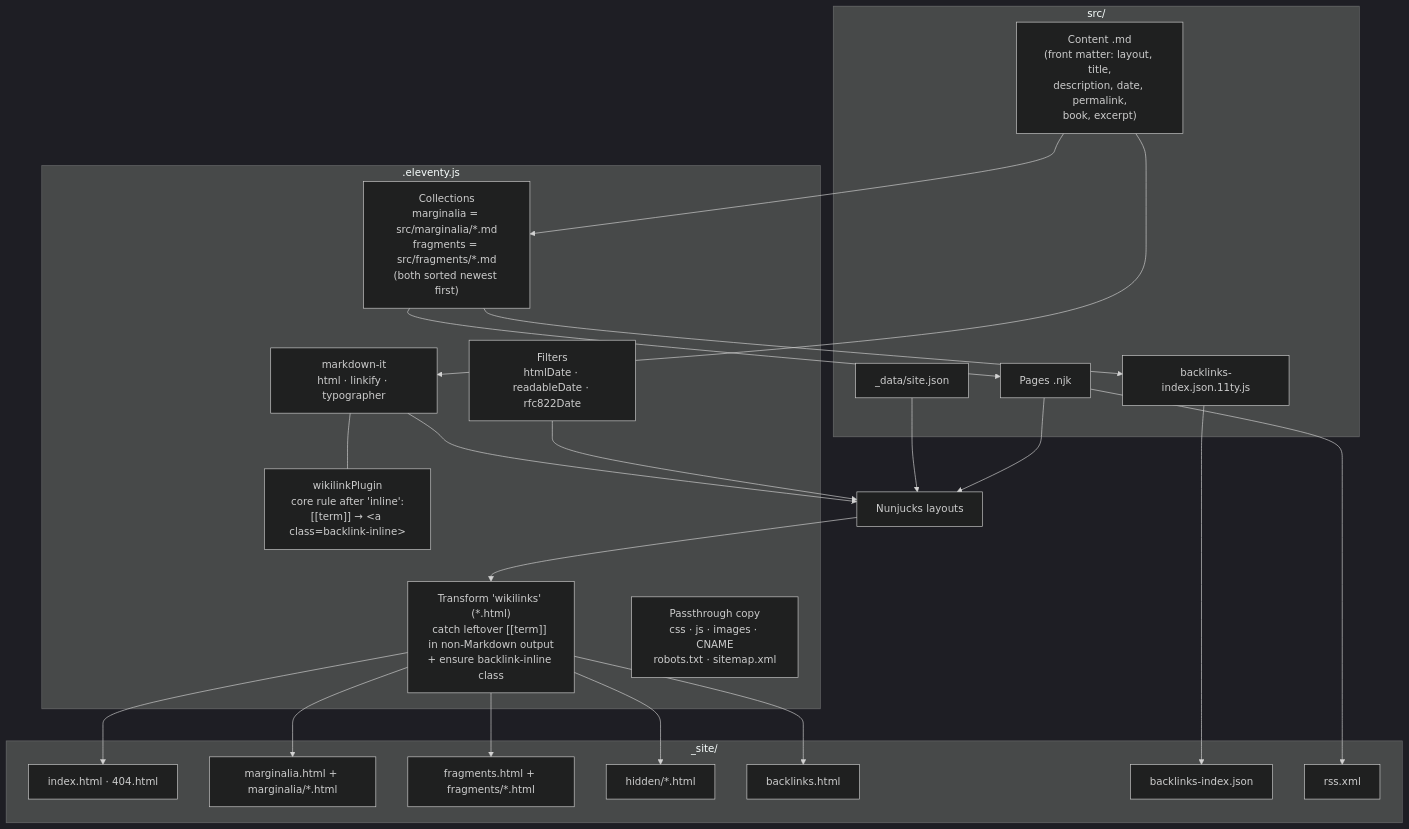
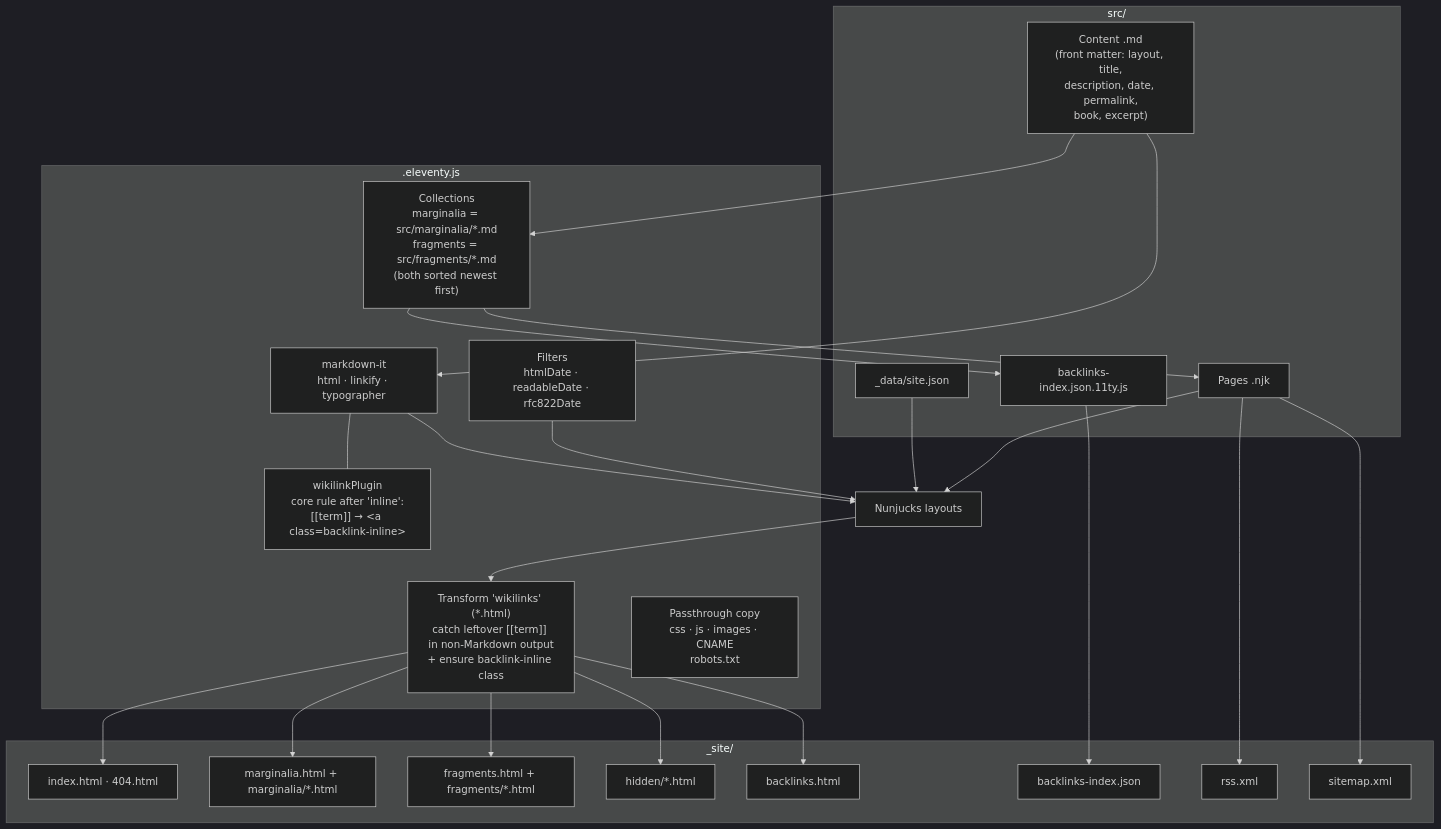
Before and after one commit to raoul-g/raoulyy-blog: the fourth of 9 diagrams in ARCHITECTURE.md, drawn with Mermaid (dark theme). The commit also changed other lines of this file and 7 other files, not shown here.

First line of the commit message:
generate sitemap.xml as part of the Eleventy build

````diff
--- a/ARCHITECTURE.md
+++ b/ARCHITECTURE.md
@@ -118,41 +116,42 @@
 ```mermaid
 flowchart TB
     subgraph Config[".eleventy.js"]
         MDLIB["markdown-it<br/>html · linkify · typographer"]
         WLP["wikilinkPlugin<br/>core rule after 'inline':<br/>[[term]] → &lt;a class=backlink-inline&gt;"]
         COLL["Collections<br/>marginalia = src/marginalia/*.md<br/>fragments = src/fragments/*.md<br/>(both sorted newest first)"]
         FILT["Filters<br/>htmlDate · readableDate · rfc822Date"]
         XFORM["Transform 'wikilinks' (*.html)<br/>catch leftover [[term]] in non-Markdown output<br/>+ ensure backlink-inline class"]
-        PT["Passthrough copy<br/>css · js · images · CNAME<br/>robots.txt · sitemap.xml"]
+        PT["Passthrough copy<br/>css · js · images · CNAME<br/>robots.txt"]
         MDLIB --- WLP
     end
 
     subgraph Inputs["src/"]
         CM["Content .md<br/>(front matter: layout, title,<br/>description, date, permalink,<br/>book, excerpt)"]
         PG["Pages .njk"]
         BJ["backlinks-index.json.11ty.js"]
         SJ["_data/site.json"]
     end
 
     subgraph Outputs["_site/"]
         O1["index.html · 404.html"]
         O2["marginalia.html + marginalia/*.html"]
         O3["fragments.html + fragments/*.html"]
         O4["hidden/*.html"]
         O5["backlinks.html"]
         O6["backlinks-index.json"]
         O7["rss.xml"]
+        O8["sitemap.xml"]
     end
 
     CM --> MDLIB --> LAYOUT["Nunjucks layouts"]
     CM --> COLL
     SJ --> LAYOUT
     PG --> LAYOUT
     COLL --> PG
     COLL --> BJ
     FILT --> LAYOUT
     LAYOUT --> XFORM
     XFORM --> O1 & O2 & O3 & O4 & O5
-    PG --> O7
+    PG --> O7 & O8
     BJ --> O6
 ```
````
